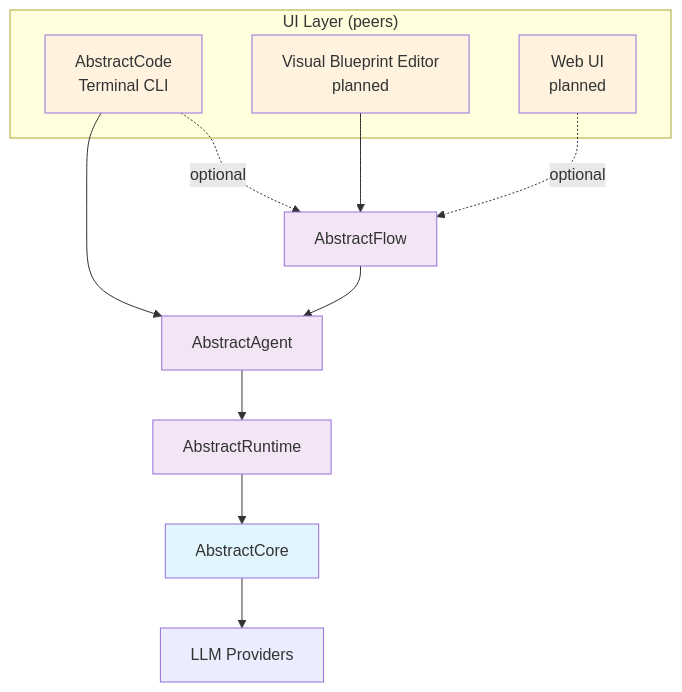
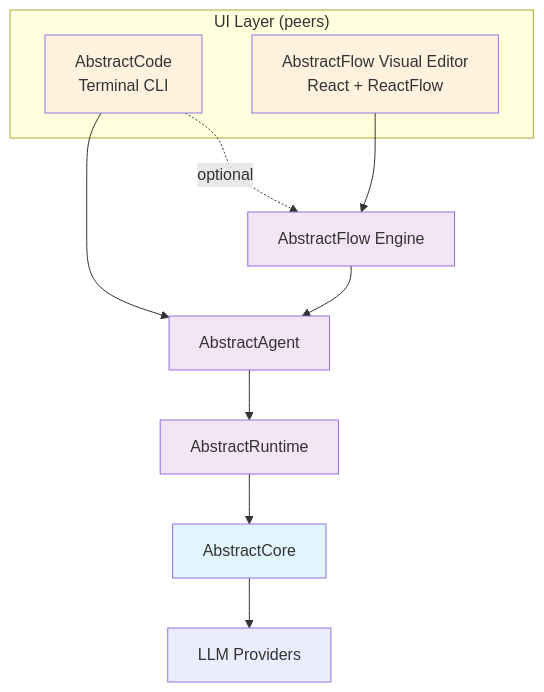
Diagram 15 of 15 in docs/architecture.md (lpalbou/AbstractCore), drawn with Mermaid before and after one commit. The commit also changed other lines of this file, not shown here.

Commit message:
Update architecture documentation: Refine UI Layer descriptions and clarify AbstractFlow components

````diff
--- a/docs/architecture.md
+++ b/docs/architecture.md
@@ -816,26 +816,23 @@
 ```mermaid
 graph TD
     subgraph "UI Layer (peers)"
         A[AbstractCode<br/>Terminal CLI]
-        B[Visual Blueprint Editor<br/>planned]
-        C2[Web UI<br/>planned]
+        B[AbstractFlow Visual Editor<br/>React + ReactFlow]
     end
 
-    A -.->|optional| F[AbstractFlow]
+    A -.->|optional| F[AbstractFlow Engine]
     B --> F
-    C2 -.->|optional| F
 
     F --> C[AbstractAgent]
     A --> C
     C --> D[AbstractRuntime]
     D --> E[AbstractCore]
     E --> G[LLM Providers]
 
     style E fill:#e1f5fe
     style A fill:#fff3e0
     style B fill:#fff3e0
-    style C2 fill:#fff3e0
     style F fill:#f3e5f5
     style C fill:#f3e5f5
     style D fill:#f3e5f5
 ```
````
